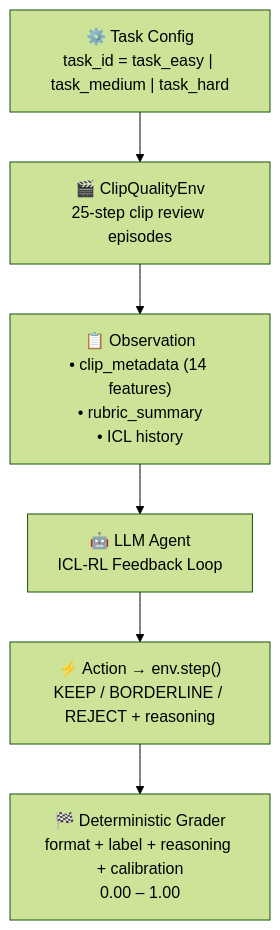
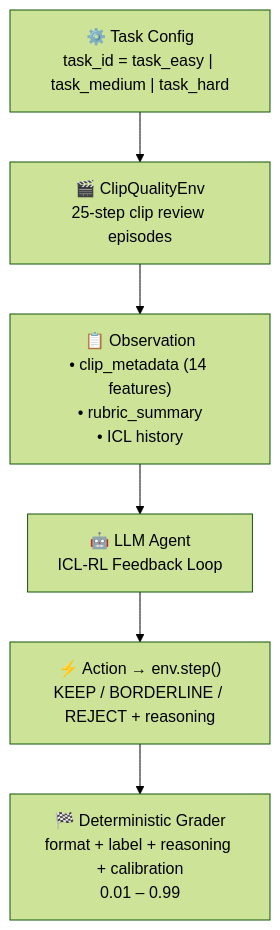
The first of 2 diagrams in README.md (22elix3r/ClipQualityEnv), drawn with Mermaid (forest theme) before and after one commit. The commit also changed other lines of this file and 6 other files, not shown here.

````diff
--- a/README.md
+++ b/README.md
@@ -24,9 +24,9 @@
 ```mermaid
 flowchart TD
     CFG["⚙️ Task Config\ntask_id = task_easy | task_medium | task_hard"] --> ENV
     ENV["🎬 ClipQualityEnv\n25-step clip review episodes"] --> OBS
     OBS["📋 Observation\n• clip_metadata (14 features)\n• rubric_summary\n• ICL history"] --> AGT
     AGT["🤖 LLM Agent\nICL-RL Feedback Loop"] --> STEP
     STEP["⚡ Action → env.step()\nKEEP / BORDERLINE / REJECT + reasoning"] --> SCORE
-    SCORE["🏁 Deterministic Grader\nformat + label + reasoning + calibration\n0.00 – 1.00"]
+    SCORE["🏁 Deterministic Grader\nformat + label + reasoning + calibration\n0.01 – 0.99"]
 ```
````
